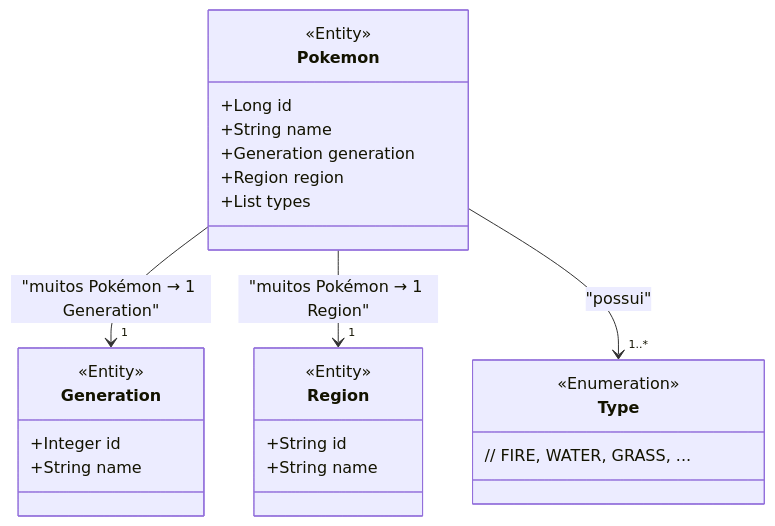
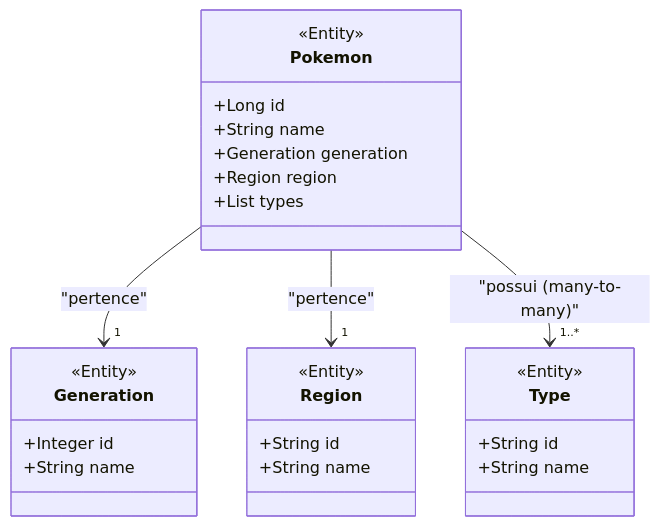
One commit to rafaelkenedy/pokemon changed the diagram in README.md. Above: the diagram before and after it, drawn with Mermaid. The commit also changed 9 other files, not shown here.

Commit message:
type as entity

````diff
--- a/README.md
+++ b/README.md
@@ -1,34 +1,35 @@
 ```mermaid
 classDiagram
 
 class Pokemon {
     <<Entity>>
     +Long id
     +String name
     +Generation generation
     +Region region
     +List<Type> types
 }
 
 class Generation {
     <<Entity>>
     +Integer id
     +String name
 }
 
 class Region {
     <<Entity>>
     +String id
     +String name
 }
 
 class Type {
-    <<Enumeration>>
-    // FIRE, WATER, GRASS, ...
+    <<Entity>>
+    +String id
+    +String name
 }
 
-Pokemon --> "1" Generation : "muitos Pokémon → 1 Generation"
-Pokemon --> "1" Region : "muitos Pokémon → 1 Region"
-Pokemon --> "1..*" Type : "possui"
+Pokemon --> "1" Generation : "pertence"
+Pokemon --> "1" Region : "pertence"
+Pokemon --> "1..*" Type : "possui (many-to-many)"
 
 ```
````
